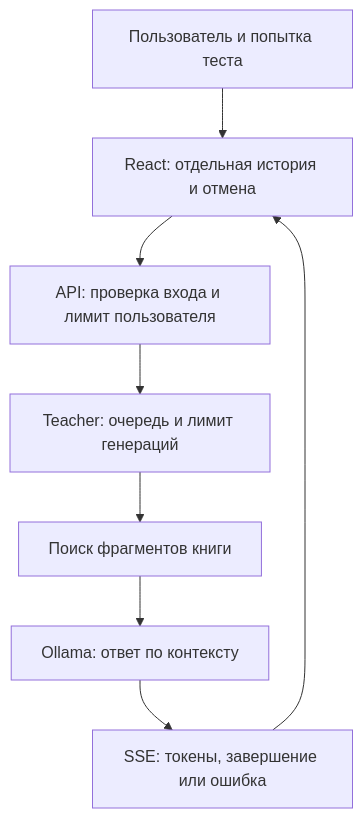
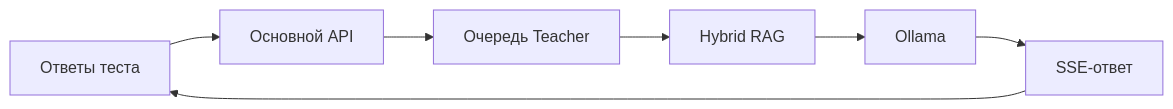
One commit to Morshmeloy/cyber-cube-website changed the fifth of 6 diagrams in README.md. Above: the diagram before and after it, drawn with Mermaid. The commit also changed other lines of this file, not shown here.

First line of the commit message:
docs: add concise project architecture overview

````diff
--- a/README.md
+++ b/README.md
@@ -24,10 +106,9 @@
 ```mermaid
-flowchart TB
-    U["Пользователь и попытка теста"] --> F["React: отдельная история и отмена"]
-    F --> A["API: проверка входа и лимит пользователя"]
-    A --> Q["Teacher: очередь и лимит генераций"]
-    Q --> R["Поиск фрагментов книги"]
-    R --> M["Ollama: ответ по контексту"]
-    M --> S["SSE: токены, завершение или ошибка"]
-    S --> F
+flowchart LR
+    Q["Ответы теста"] --> A["Основной API"]
+    A --> T["Очередь Teacher"]
+    T --> R["Hybrid RAG"]
+    R --> O["Ollama"]
+    O --> S["SSE-ответ"]
+    S --> Q
 ```
````
